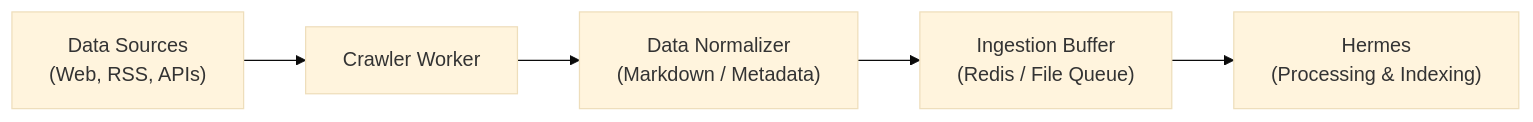
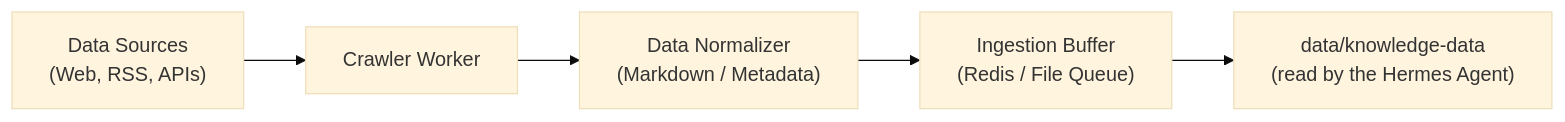
The diagram in crawlers/README.md (vitorecomp/personal-life-manager), drawn with Mermaid (base theme) before and after one commit. The commit also changed other lines of this file and 18 other files, not shown here.

````diff
--- a/crawlers/README.md
+++ b/crawlers/README.md
@@ -20,7 +20,7 @@
 ```mermaid
 flowchart LR
     Source["Data Sources\n(Web, RSS, APIs)"] --> Crawler["Crawler Worker"]
     Crawler --> Normalizer["Data Normalizer\n(Markdown / Metadata)"]
     Normalizer --> Queue["Ingestion Buffer\n(Redis / File Queue)"]
-    Queue --> Hermes["Hermes\n(Processing & Indexing)"]
+    Queue --> Notes["data/knowledge-data\n(read by the Hermes Agent)"]
 ```
````
